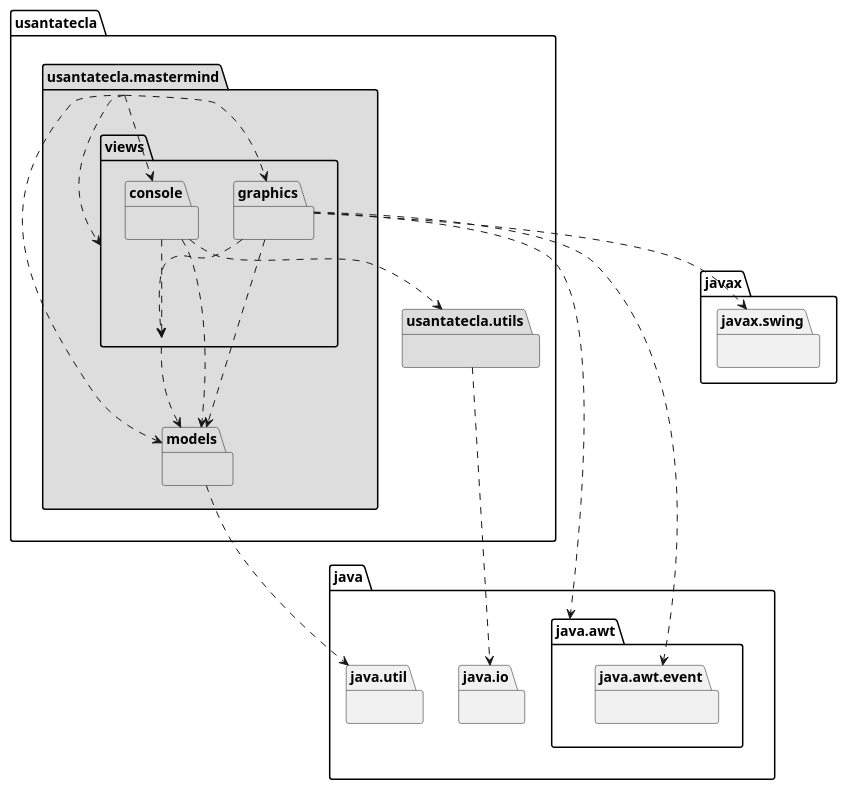
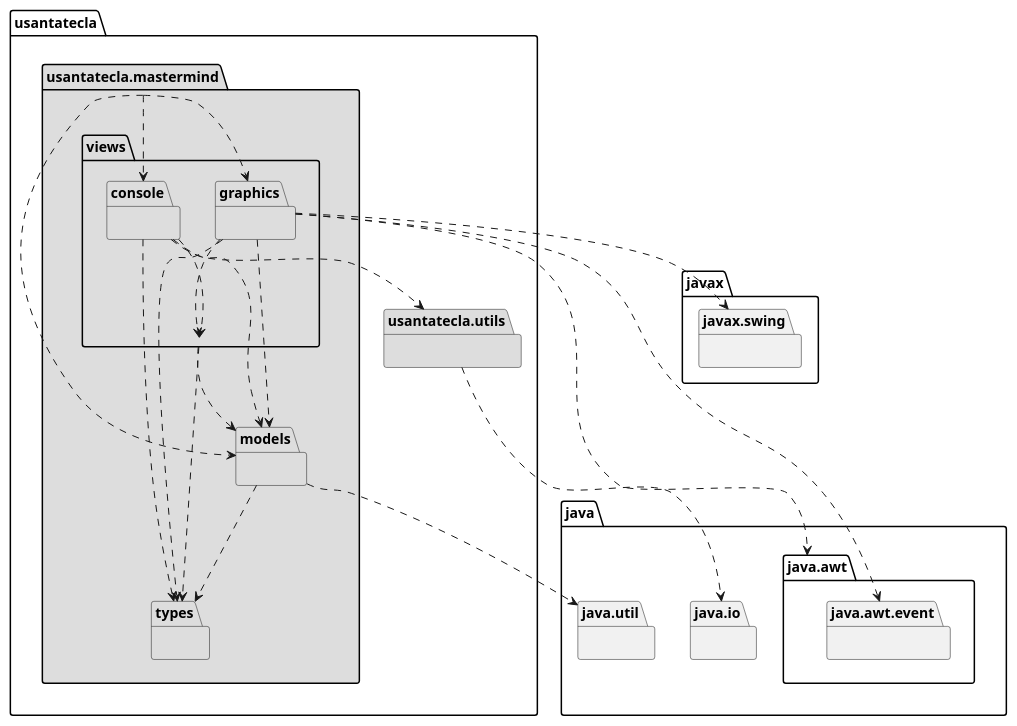
The diagram in documentView/withFactoryMethod/docs/diagrams/src/arquitectura.plantuml (SantaTecla-mastermind/solution.java.swing.socket.sql), drawn with PlantUML before and after one commit. The commit also changed 62 other files, not shown here.

```diff
--- a/documentView/withFactoryMethod/docs/diagrams/src/arquitectura.plantuml
+++ b/documentView/withFactoryMethod/docs/diagrams/src/arquitectura.plantuml
@@ -1,34 +1,38 @@
 @startuml arquitectura
 package usantatecla.mastermind #DDDDDD { }
-usantatecla.mastermind ..> usantatecla.mastermind.views
-usantatecla.mastermind ..> usantatecla.mastermind.models
-usantatecla.mastermind ..> usantatecla.mastermind.views.console
-usantatecla.mastermind ..> usantatecla.mastermind.views.graphics
+usantatecla.mastermind .down.> usantatecla.mastermind.views.console
+usantatecla.mastermind .down.> usantatecla.mastermind.views.graphics
+usantatecla.mastermind .down.> usantatecla.mastermind.models
+
+package usantatecla.mastermind.views #DDDDDD { }
+usantatecla.mastermind.views .down.> usantatecla.mastermind.models
+usantatecla.mastermind.views .down.> usantatecla.mastermind.types
 
 package usantatecla.mastermind.models #DDDDDD { }
+usantatecla.mastermind.models .down.> usantatecla.mastermind.types
+package usantatecla.mastermind.types #DDDDDD { }
 package java.util{ }
 usantatecla.mastermind.models .down.> java.util
 
 package usantatecla.utils #DDDDDD { }
 package java.io{ }
 usantatecla.utils .down.> java.io
 
-package usantatecla.mastermind.views #DDDDDD { }
-usantatecla.mastermind.views .down.> usantatecla.mastermind.models
-
 package usantatecla.mastermind.views.console #DDDDDD { }
+usantatecla.mastermind.views.console .down.> usantatecla.mastermind.models
+usantatecla.mastermind.views.console .down.> usantatecla.mastermind.types
+usantatecla.mastermind.views.console .down.> usantatecla.utils
 usantatecla.mastermind.views.console .down.> usantatecla.mastermind.views
-usantatecla.mastermind.views.console .down.> usantatecla.mastermind.models
-usantatecla.mastermind.views.console .down.> usantatecla.utils
 
 package usantatecla.mastermind.views.graphics #DDDDDD { }
 package java.awt{ }
-usantatecla.mastermind.views.graphics .down.> java.awt
 package java.awt.event{ }
-usantatecla.mastermind.views.graphics .down.> java.awt.event
+package javax.swing{ }
 usantatecla.mastermind.views.graphics .down.> usantatecla.mastermind.views
 usantatecla.mastermind.views.graphics .down.> usantatecla.mastermind.models
-package javax.swing{ }
+usantatecla.mastermind.views.graphics .down.> usantatecla.mastermind.types
+usantatecla.mastermind.views.graphics .down.> java.awt
+usantatecla.mastermind.views.graphics .down.> java.awt.event
 usantatecla.mastermind.views.graphics .down.> javax.swing
 
 @enduml
```
